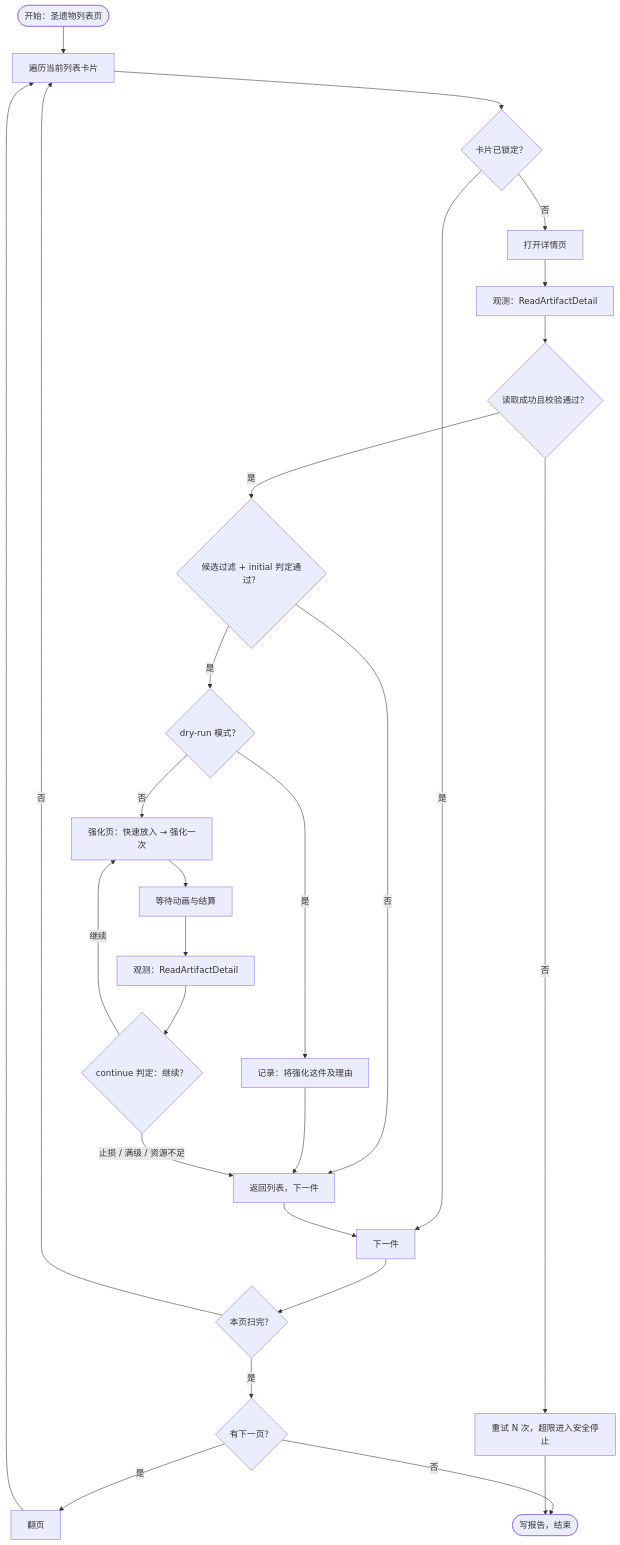
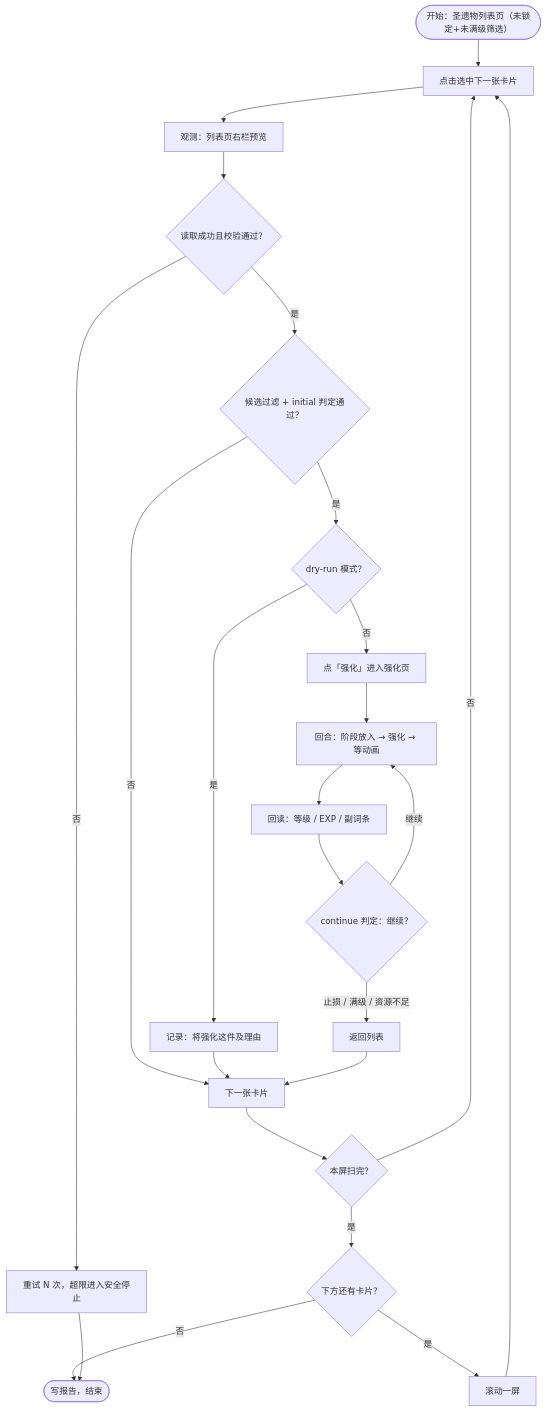
Before and after one commit to huanshang141/Auto-Grade-Up: the second of 2 diagrams in docs/superpowers/specs/2026-08-28-auto-grade-up-design.md, drawn with Mermaid. The commit also changed other lines of this file and 2 other files, not shown here.

Commit message:
docs: 按游戏截图真相来源修订 spec（列表右栏观测、阶段放入逐 roll 语义、未锁定+未满级筛选）

````diff
--- a/docs/superpowers/specs/2026-08-28-auto-grade-up-design.md
+++ b/docs/superpowers/specs/2026-08-28-auto-grade-up-design.md
@@ -198,29 +210,26 @@
 ```mermaid
 flowchart TD
-    START(["开始：圣遗物列表页"]) --> LOOP["遍历当前列表卡片"]
-    LOOP --> LOCKED{"卡片已锁定？"}
-    LOCKED -->|"是"| NEXT["下一件"]
-    LOCKED -->|"否"| OPEN["打开详情页"]
-    OPEN --> READ["观测：ReadArtifactDetail"]
+    START(["开始：圣遗物列表页（未锁定+未满级筛选）"]) --> LOOP["点击选中下一张卡片"]
+    LOOP --> READ["观测：列表页右栏预览"]
     READ --> ROK{"读取成功且校验通过？"}
     ROK -->|"否"| SAFE["重试 N 次，超限进入安全停止"]
     ROK -->|"是"| CAND{"候选过滤 + initial 判定通过？"}
-    CAND -->|"否"| BACK["返回列表，下一件"]
+    CAND -->|"否"| NEXTCARD["下一张卡片"]
     CAND -->|"是"| DRY{"dry-run 模式？"}
     DRY -->|"是"| REC["记录：将强化这件及理由"]
-    REC --> BACK
-    DRY -->|"否"| ENH["强化页：快速放入 → 强化一次"]
-    ENH --> WAIT["等待动画与结算"]
-    WAIT --> READ2["观测：ReadArtifactDetail"]
+    REC --> NEXTCARD
+    DRY -->|"否"| OPEN["点「强化」进入强化页"]
+    OPEN --> ROUND["回合：阶段放入 → 强化 → 等动画"]
+    ROUND --> READ2["回读：等级 / EXP / 副词条"]
     READ2 --> CONT{"continue 判定：继续？"}
-    CONT -->|"止损 / 满级 / 资源不足"| BACK
-    CONT -->|"继续"| ENH
-    BACK --> NEXT
-    NEXT --> PAGEEND{"本页扫完？"}
+    CONT -->|"止损 / 满级 / 资源不足"| BACK["返回列表"]
+    CONT -->|"继续"| ROUND
+    BACK --> NEXTCARD
+    NEXTCARD --> PAGEEND{"本屏扫完？"}
     PAGEEND -->|"否"| LOOP
-    PAGEEND -->|"是"| HASNEXT{"有下一页？"}
-    HASNEXT -->|"是"| TURN["翻页"]
-    TURN --> LOOP
+    PAGEEND -->|"是"| HASNEXT{"下方还有卡片？"}
+    HASNEXT -->|"是"| SCROLL["滚动一屏"]
+    SCROLL --> LOOP
     HASNEXT -->|"否"| DONE(["写报告，结束"])
     SAFE --> DONE
 ```
````
